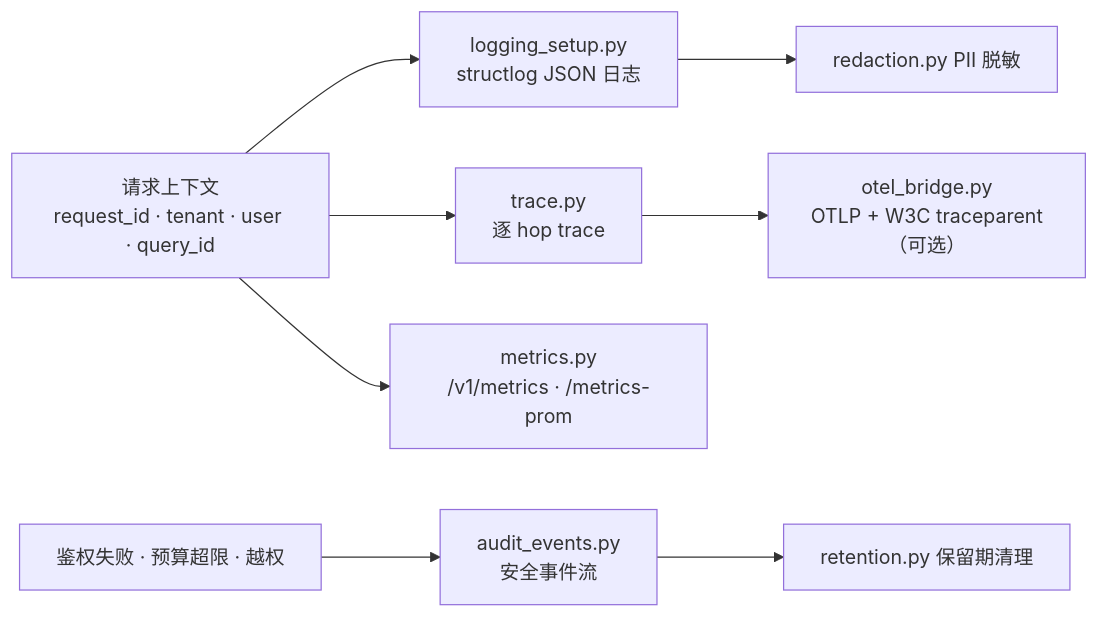
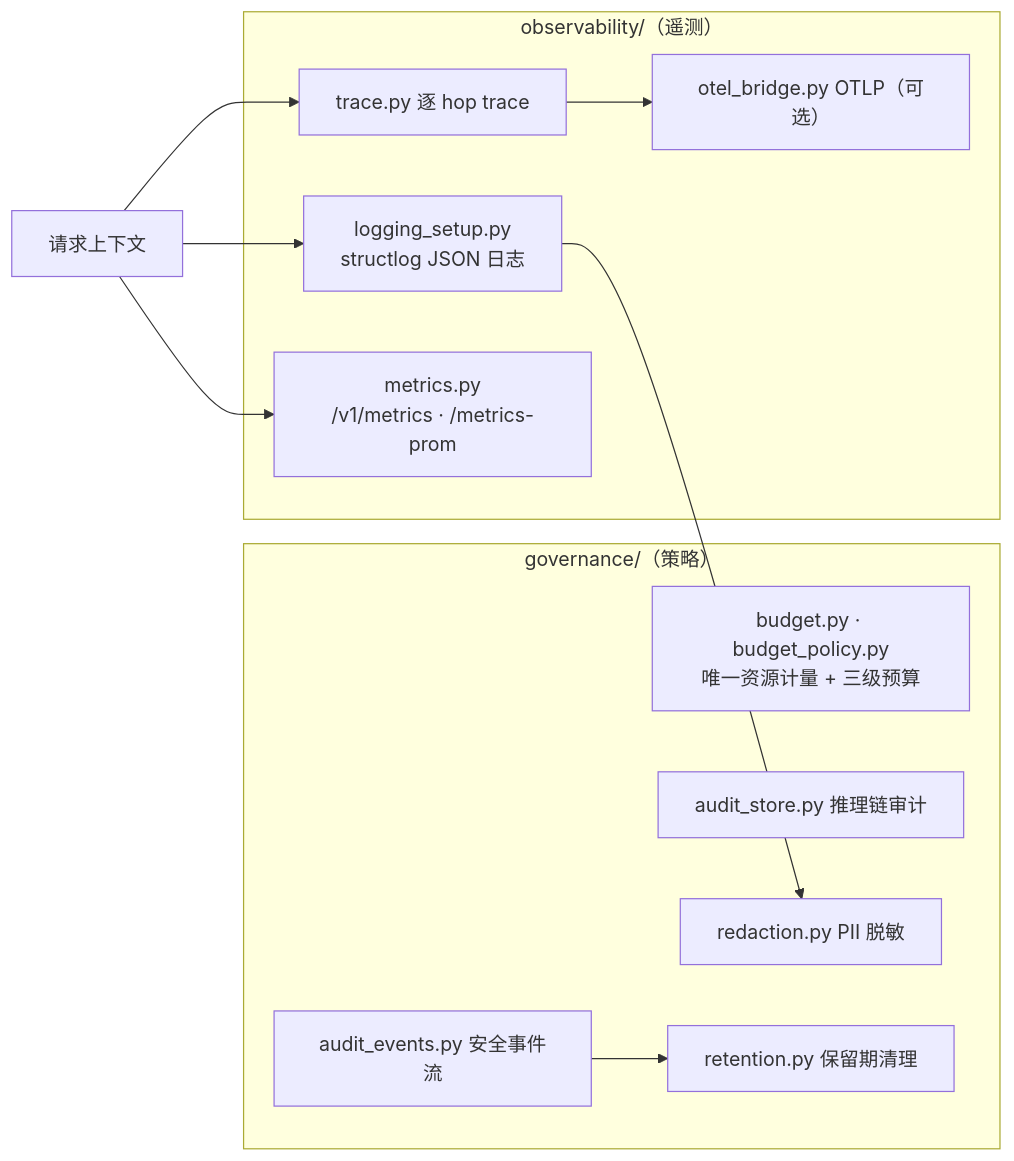
One commit to RightCloudhub/AG changed diagram 14 of 17 in docs/ARCHITECTURE.md. Above: the diagram before and after it, drawn with Mermaid. The commit also changed other lines of this file and 154 other files, not shown here.

Commit message:
fix(stores): implement Neo4jGraphStore.list_entities and add it to GraphStore protocol

````diff
--- a/docs/ARCHITECTURE.md
+++ b/docs/ARCHITECTURE.md
@@ -349,10 +381,21 @@
 ```mermaid
 flowchart LR
-    REQ["请求上下文<br/>request_id · tenant · user · query_id"] --> LOG["logging_setup.py<br/>structlog JSON 日志"]
-    REQ --> TR["trace.py<br/>逐 hop trace"]
-    REQ --> MET["metrics.py<br/>/v1/metrics · /metrics-prom"]
-    SEC["鉴权失败 · 预算超限 · 越权"] --> AE["audit_events.py<br/>安全事件流"]
-    LOG --> RED["redaction.py PII 脱敏"]
-    TR --> OT["otel_bridge.py<br/>OTLP + W3C traceparent（可选）"]
-    AE --> RET["retention.py 保留期清理"]
+    subgraph GOV["governance/（策略）"]
+        BUD["budget.py · budget_policy.py<br/>唯一资源计量 + 三级预算"]
+        AUD["audit_store.py 推理链审计"]
+        AE["audit_events.py 安全事件流"]
+        RED["redaction.py PII 脱敏"]
+        RET["retention.py 保留期清理"]
+    end
+    subgraph OBS["observability/（遥测）"]
+        LOG["logging_setup.py<br/>structlog JSON 日志"]
+        TR["trace.py 逐 hop trace"]
+        MET["metrics.py<br/>/v1/metrics · /metrics-prom"]
+        OT["otel_bridge.py OTLP（可选）"]
+    end
+    REQ["请求上下文"] --> LOG
+    REQ --> TR --> OT
+    REQ --> MET
+    LOG --> RED
+    AE --> RET
 ```
````
